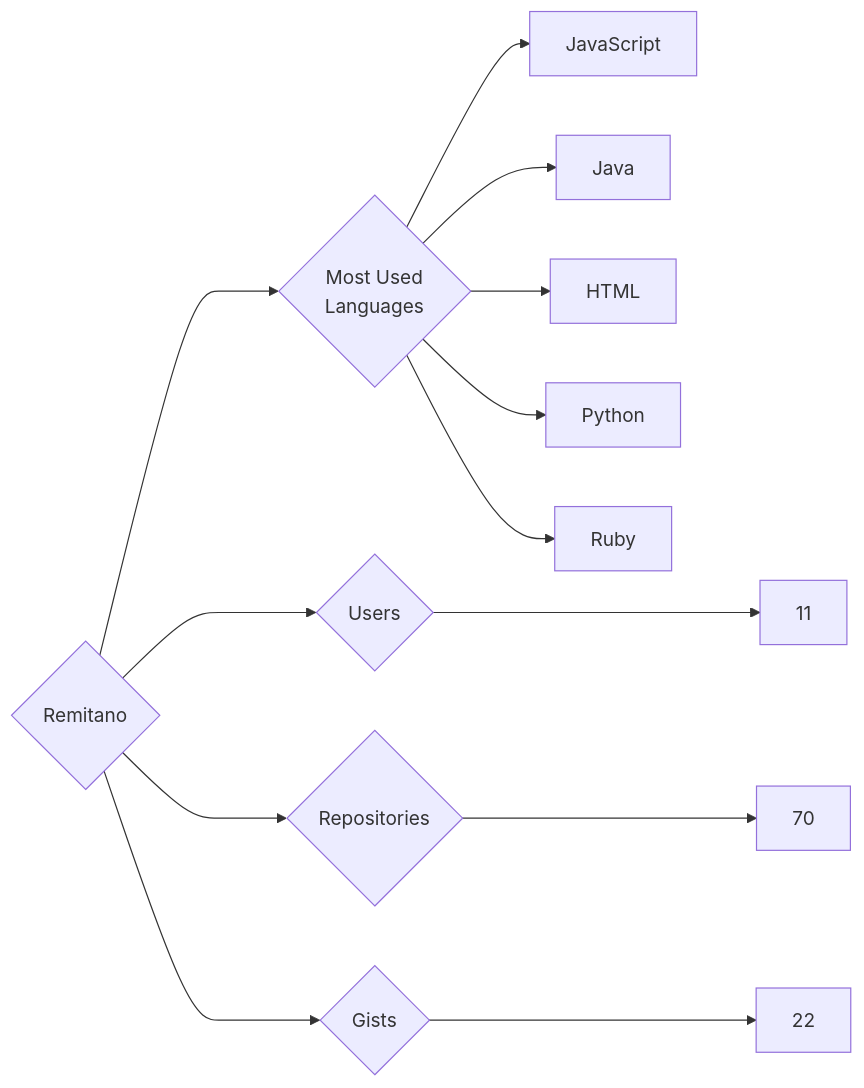
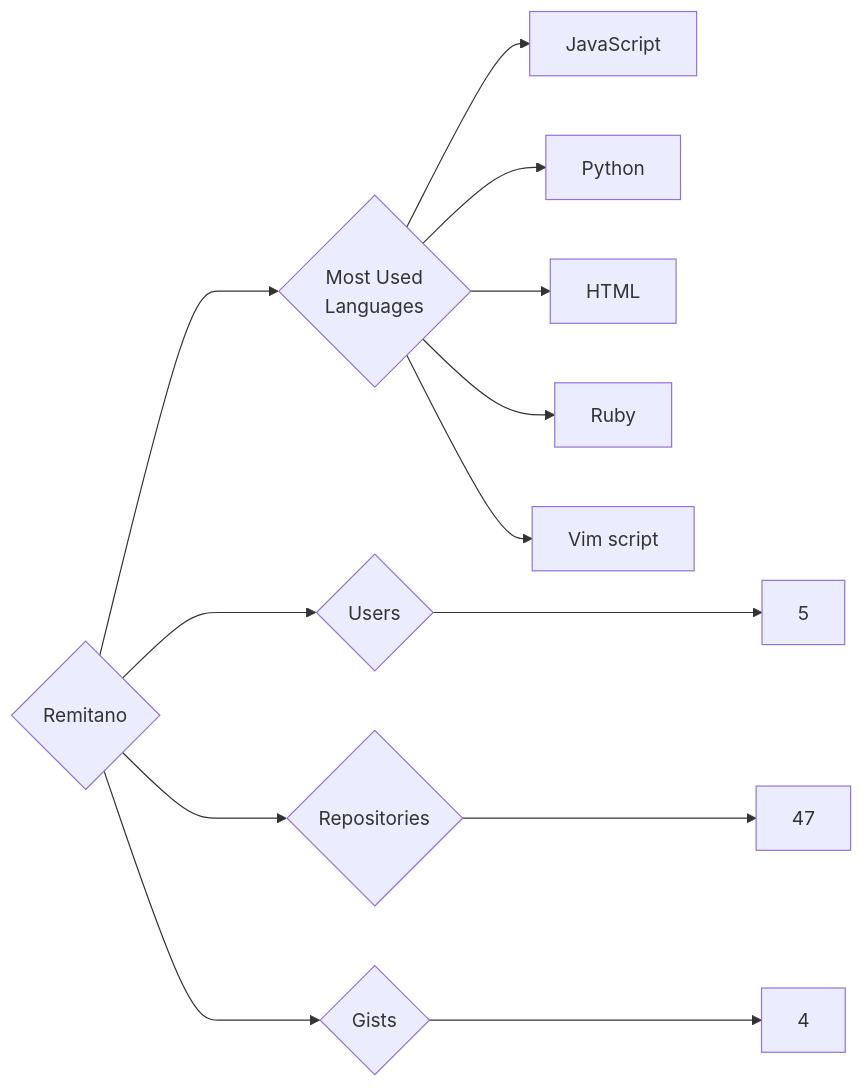
One commit to trickest/insiders changed the diagram in targets/Remitano/README.md. Above: the diagram before and after it, drawn with Mermaid. The commit also changed 939 other files, not shown here.

````diff
--- a/targets/Remitano/README.md
+++ b/targets/Remitano/README.md
@@ -3,13 +3,13 @@
 ```mermaid
 graph LR
 COMPANY_NAME{Remitano}
-COMPANY_NAME ---> U{Users} ---> UN[11]
-COMPANY_NAME ---> R{Repositories} ---> RN[70]
-COMPANY_NAME ---> G{Gists} ---> GN[22]
+COMPANY_NAME ---> U{Users} ---> UN[5]
+COMPANY_NAME ---> R{Repositories} ---> RN[47]
+COMPANY_NAME ---> G{Gists} ---> GN[4]
 COMPANY_NAME ---> ML{Most Used<br>Languages}
 ML --> JavaScript[JavaScript]
-ML --> Java[Java]
+ML --> Python[Python]
 ML --> HTML[HTML]
-ML --> Python[Python]
 ML --> Ruby[Ruby]
+ML --> Vim_script[Vim script]
 ```
````
